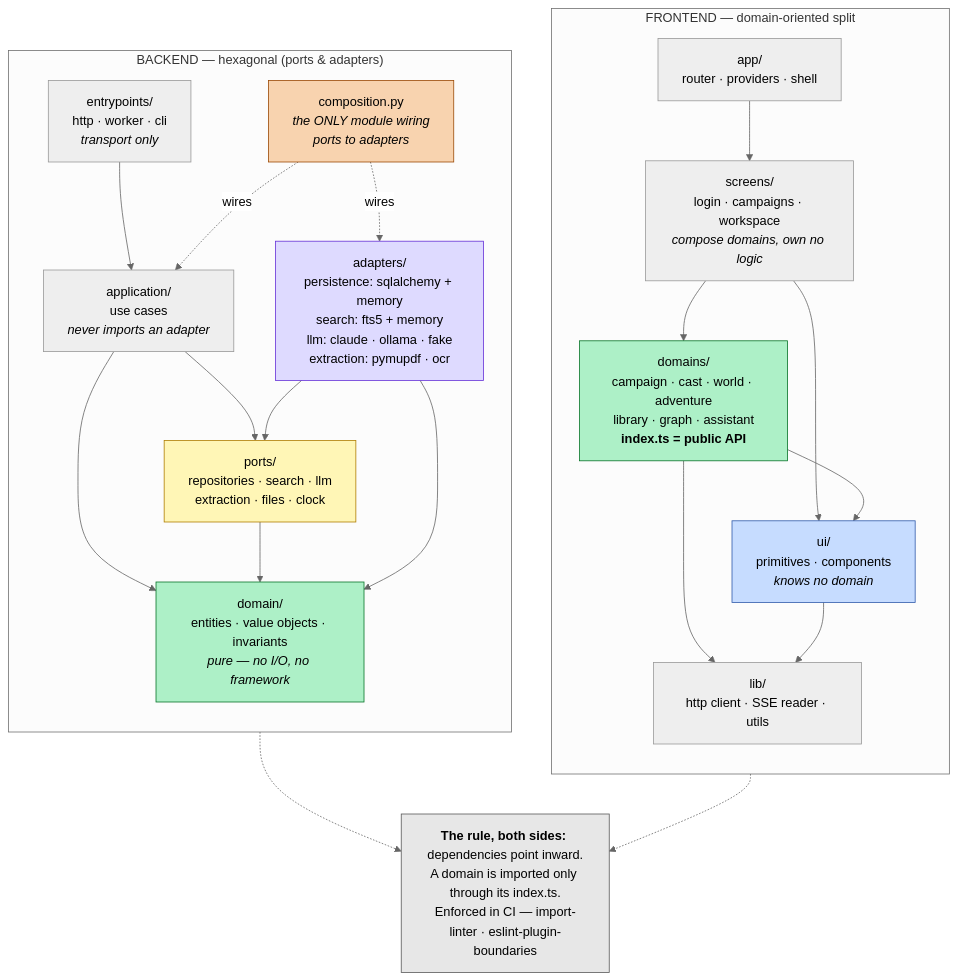
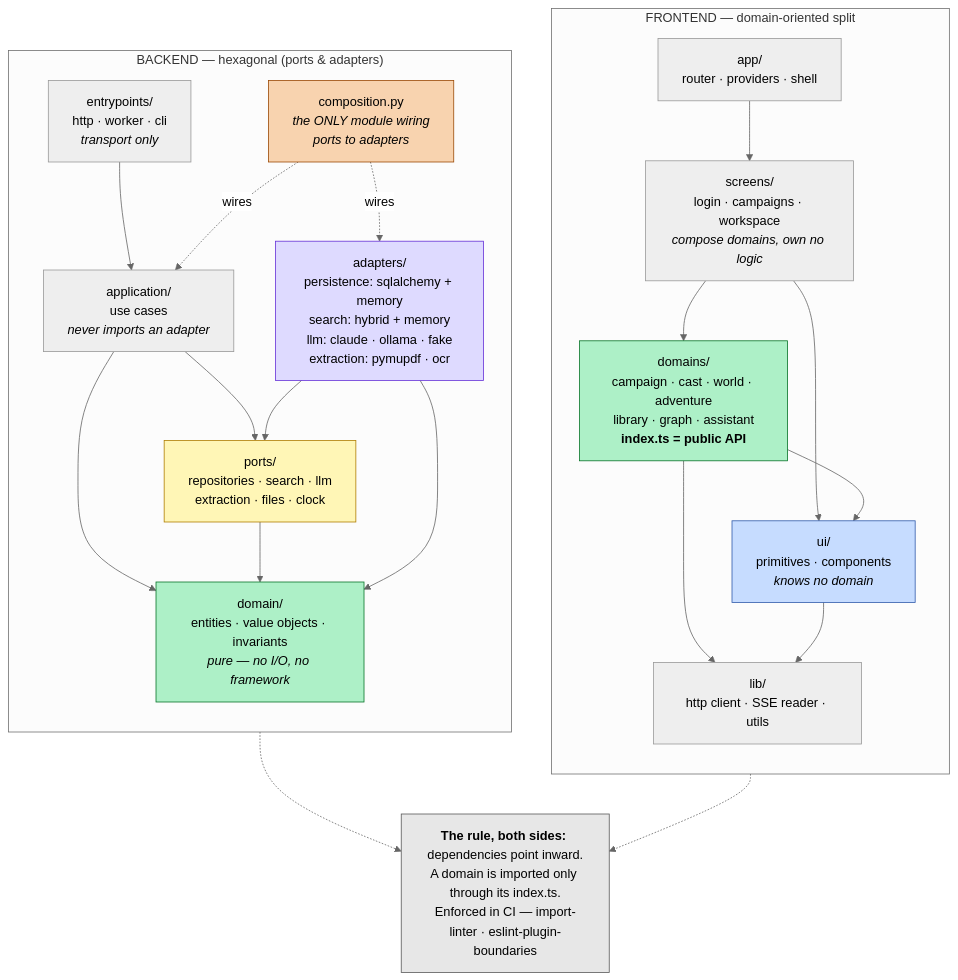
One commit to PiotrMieszczak/dm_assistant changed the diagram in docs/folder-structure.md. Above: the diagram before and after it, drawn with Mermaid (neutral theme). The commit also changed other lines of this file and 14 other files, not shown here.

````diff
--- a/docs/folder-structure.md
+++ b/docs/folder-structure.md
@@ -18,50 +18,50 @@
 ```mermaid
 flowchart TB
     subgraph BE["BACKEND — hexagonal (ports & adapters)"]
         direction TB
         EP["entrypoints/<br/>http · worker · cli<br/><i>transport only</i>"]
         APP["application/<br/>use cases<br/><i>never imports an adapter</i>"]
         PORTS["ports/<br/>repositories · search · llm<br/>extraction · files · clock"]
         DOM["domain/<br/>entities · value objects · invariants<br/><i>pure — no I/O, no framework</i>"]
-        ADP["adapters/<br/>persistence: sqlalchemy + memory<br/>search: fts5 + memory<br/>llm: claude · ollama · fake<br/>extraction: pymupdf · ocr"]
+        ADP["adapters/<br/>persistence: sqlalchemy + memory<br/>search: hybrid + memory<br/>llm: claude · ollama · fake<br/>extraction: pymupdf · ocr"]
         COMP["composition.py<br/><i>the ONLY module wiring<br/>ports to adapters</i>"]
 
         EP --> APP
         APP --> PORTS
         ADP --> PORTS
         APP --> DOM
         PORTS --> DOM
         ADP --> DOM
         COMP -.->|wires| ADP
         COMP -.->|wires| APP
     end
 
     subgraph FE["FRONTEND — domain-oriented split"]
         direction TB
         FAPP["app/<br/>router · providers · shell"]
         SCR["screens/<br/>login · campaigns · workspace<br/><i>compose domains, own no logic</i>"]
         DOMS["domains/<br/>campaign · cast · world · adventure<br/>library · graph · assistant<br/><b>index.ts = public API</b>"]
         UI["ui/<br/>primitives · components<br/><i>knows no domain</i>"]
         LIB["lib/<br/>http client · SSE reader · utils"]
 
         FAPP --> SCR
         SCR --> DOMS
         SCR --> UI
         DOMS --> UI
         DOMS --> LIB
         UI --> LIB
     end
 
     RULE["<b>The rule, both sides:</b> dependencies point inward.<br/>A domain is imported only through its index.ts.<br/>Enforced in CI — import-linter · eslint-plugin-boundaries"]
 
     BE -.-> RULE
     FE -.-> RULE
 
     style DOM fill:#adf0c7,stroke:#087429,color:#000
     style PORTS fill:#fff6b6,stroke:#af7e02,color:#000
     style ADP fill:#dedaff,stroke:#6631d7,color:#000
     style COMP fill:#f8d3af,stroke:#9b4a07,color:#000
     style DOMS fill:#adf0c7,stroke:#087429,color:#000
     style UI fill:#c6dcff,stroke:#305bab,color:#000
     style RULE fill:#e7e7e7,stroke:#595959,color:#000
 ```
````
